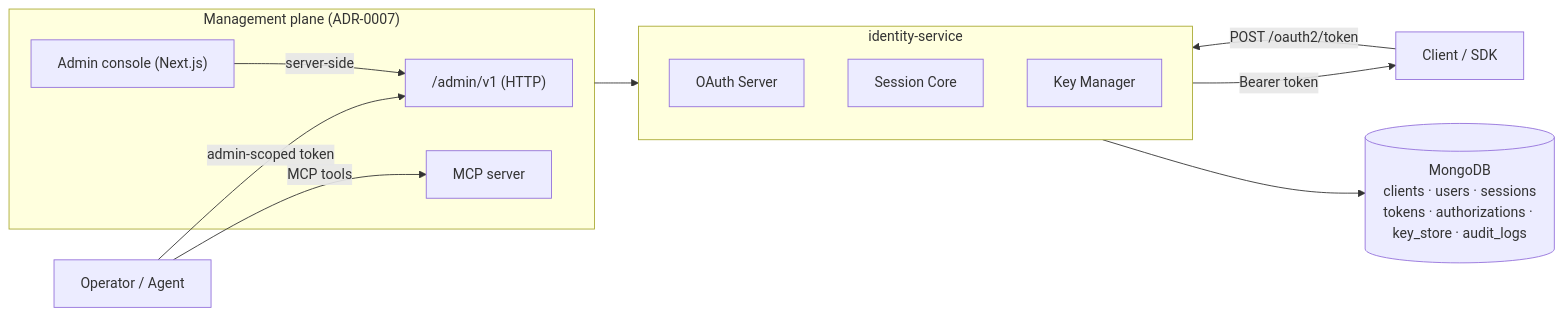
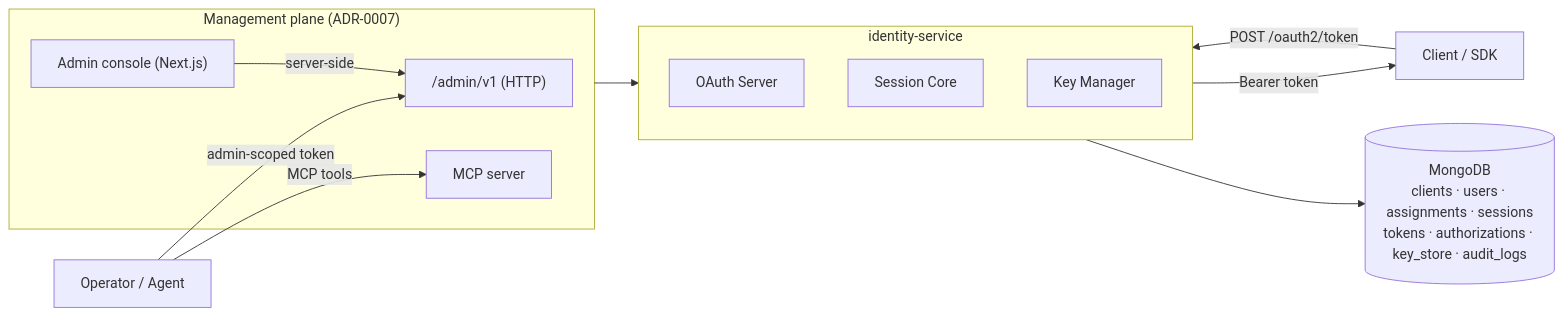
Before and after one commit to fps4/identity-service: the diagram in docs/design/architecture.md, drawn with Mermaid. The commit also changed other lines of this file and 57 other files, not shown here.

````diff
--- a/docs/design/architecture.md
+++ b/docs/design/architecture.md
@@ -34,24 +35,24 @@
 ```mermaid
 flowchart LR
     client["Client / SDK"]
     subgraph svc["identity-service"]
         oauth["OAuth Server"]
         session["Session Core"]
         keys["Key Manager"]
     end
-    db[("MongoDB<br/>clients · users · sessions<br/>tokens · authorizations · key_store · audit_logs")]
+    db[("MongoDB<br/>clients · users · assignments · sessions<br/>tokens · authorizations · key_store · audit_logs")]
     admin["Operator / Agent"]
     subgraph mgmt["Management plane (ADR-0007)"]
         api["/admin/v1 (HTTP)"]
         mcp["MCP server"]
         console["Admin console (Next.js)"]
     end
 
     client -->|"POST /oauth2/token"| svc
     svc -->|"Bearer token"| client
     svc --> db
     admin -->|"admin-scoped token"| api
     admin -->|"MCP tools"| mcp
     console -->|"server-side"| api
     mgmt --> svc
 ```
````
